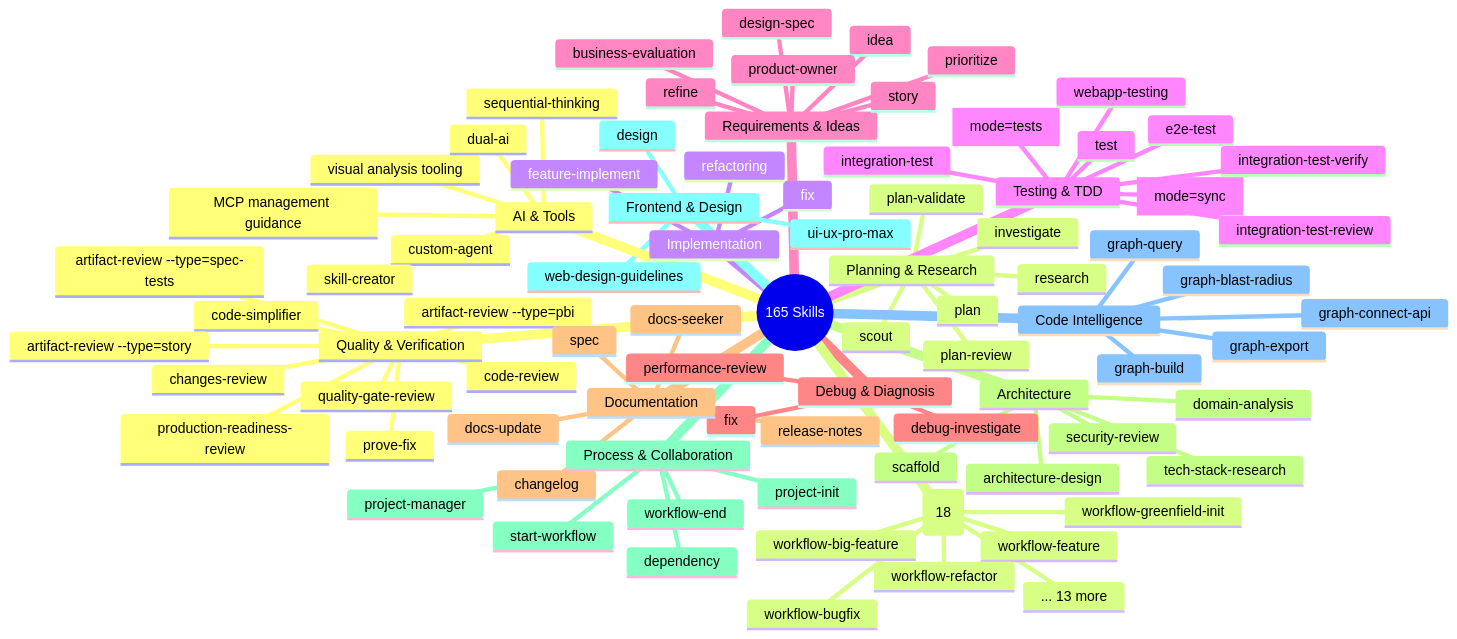
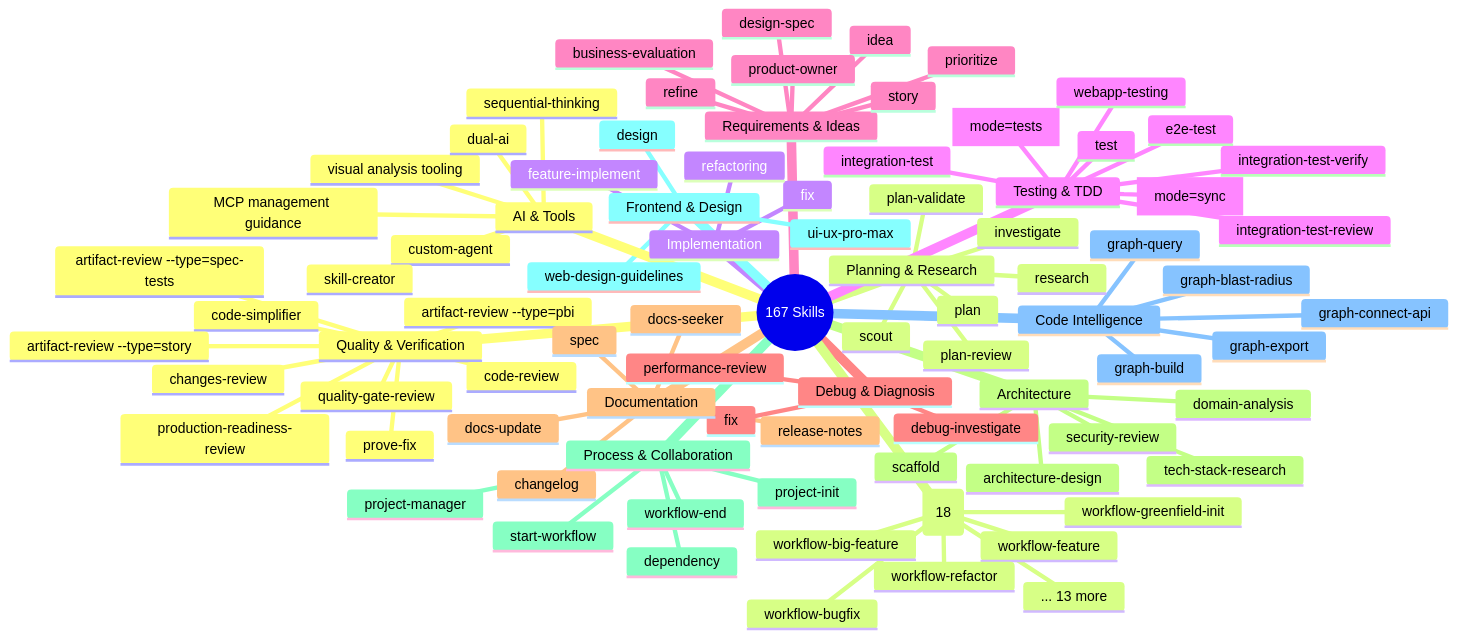
Before and after one commit to duc01226/easy-claude: the fifth of 20 diagrams in .claude/docs/claude-ai-agent-framework-guide.md, drawn with Mermaid. The commit also changed other lines of this file and 103 other files, not shown here.

````diff
--- a/.claude/docs/claude-ai-agent-framework-guide.md
+++ b/.claude/docs/claude-ai-agent-framework-guide.md
@@ -460,6 +460,6 @@
 ```mermaid
 mindmap
-  root((165 Skills))
+  root((167 Skills))
     Quality & Verification
       code-review
       prove-fix
````
